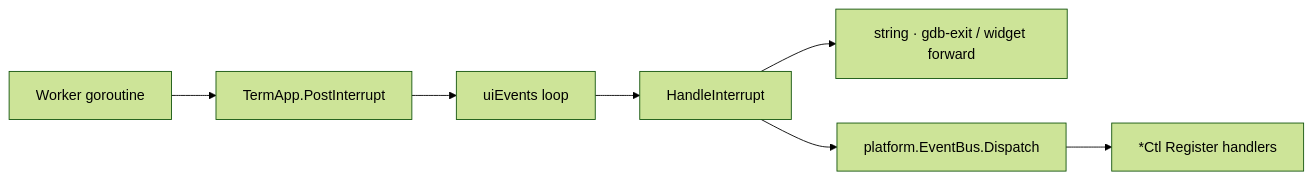
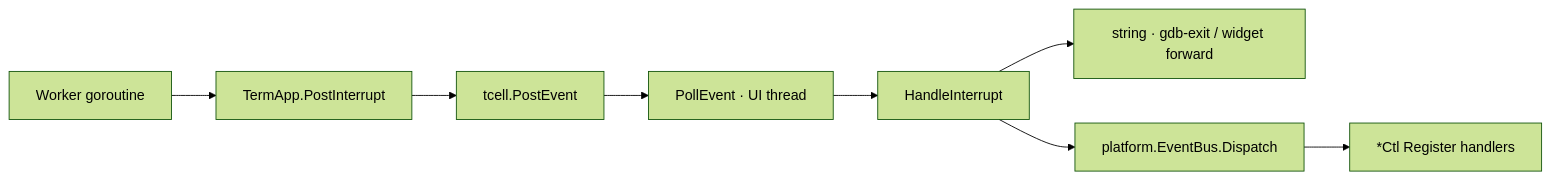
Before and after one commit to yairgd/gdbforge: the second of 11 diagrams in docs/ARCHITECTURE.md, drawn with Mermaid (forest theme). The commit also changed other lines of this file and 243 other files, not shown here.

````diff
--- a/docs/ARCHITECTURE.md
+++ b/docs/ARCHITECTURE.md
@@ -166,14 +164,15 @@
 ```mermaid
 flowchart LR
     Worker["Worker goroutine"]
     Post["TermApp.PostInterrupt"]
-    UI["uiEvents loop"]
+    Screen["tcell.PostEvent"]
+    Poll["PollEvent · UI thread"]
     HI["HandleInterrupt"]
     Str["string · gdb-exit / widget forward"]
     Bus["platform.EventBus.Dispatch"]
     Ctl["*Ctl Register handlers"]
 
-    Worker --> Post --> UI --> HI
+    Worker --> Post --> Screen --> Poll --> HI
     HI --> Str
     HI --> Bus --> Ctl
 ```
````
